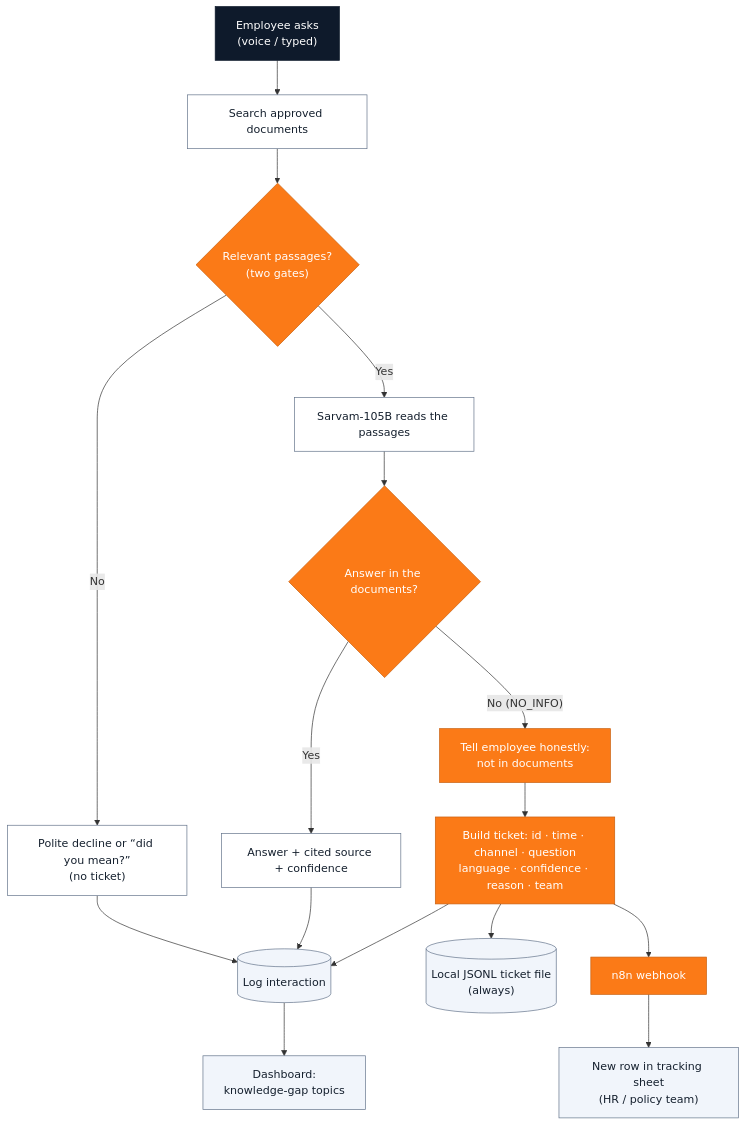
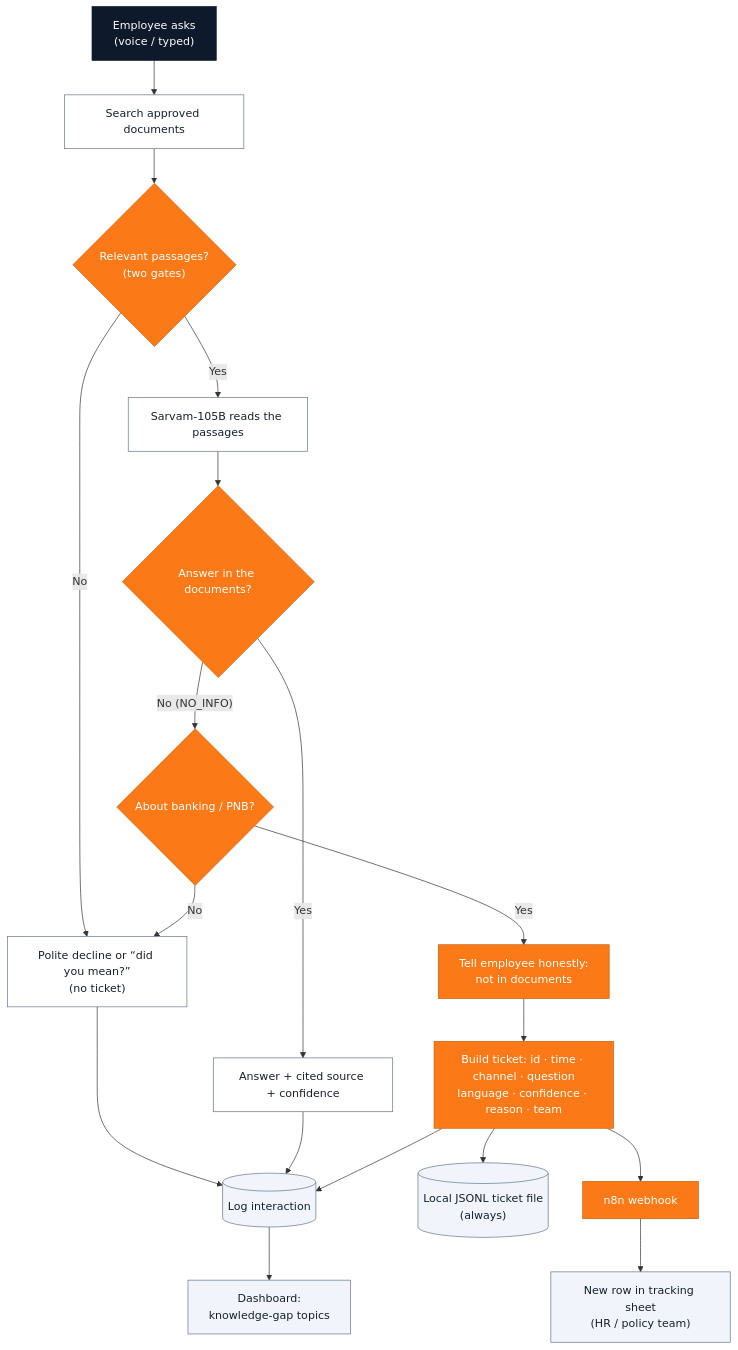
Before and after one commit to vihb09/pnb-sahayak: the fifth of 6 diagrams in docs/architecture.md, drawn with Mermaid. The commit also changed other lines of this file and 5 other files, not shown here.

````diff
--- a/docs/architecture.md
+++ b/docs/architecture.md
@@ -278,32 +289,35 @@
 ```mermaid
 flowchart TB
     ASK["Employee asks<br/>(voice / typed)"]:::app
     SEARCH["Search approved documents"]:::neutral
     GATES{"Relevant passages?<br/>(two gates)"}:::decision
     DECL["Polite decline or “did you mean?”<br/>(no ticket)"]:::neutral
     LLM["Sarvam-105B reads the passages"]:::neutral
     CONF{"Answer in the documents?"}:::decision
+    BQ{"About banking / PNB?"}:::decision
     ANS["Answer + cited source + confidence"]:::neutral
     LOG[("Log interaction")]:::store
     DASH["Dashboard:<br/>knowledge-gap topics"]:::store
     TELL["Tell employee honestly:<br/>not in documents"]:::escalate
     TICKET["Build ticket: id · time · channel · question<br/>language · confidence · reason · team"]:::escalate
     BACKUP[("Local JSONL ticket file<br/>(always)")]:::store
     N8N["n8n webhook"]:::escalate
     ROW["New row in tracking sheet<br/>(HR / policy team)"]:::store
 
     ASK --> SEARCH --> GATES
     GATES -->|No| DECL --> LOG
     GATES -->|Yes| LLM --> CONF
     CONF -->|Yes| ANS --> LOG --> DASH
-    CONF -->|"No (NO_INFO)"| TELL --> TICKET
+    CONF -->|"No (NO_INFO)"| BQ
+    BQ -->|No| DECL
+    BQ -->|Yes| TELL --> TICKET
     TICKET --> LOG
     TICKET --> BACKUP
     TICKET --> N8N --> ROW
 
     classDef app fill:#0E1A2B,stroke:#0E1A2B,color:#ffffff;
     classDef decision fill:#FB7A17,stroke:#C85F0E,color:#ffffff;
     classDef escalate fill:#FB7A17,stroke:#C85F0E,color:#ffffff;
     classDef neutral fill:#FFFFFF,stroke:#64748B,color:#15202E;
     classDef store fill:#F1F5FB,stroke:#64748B,color:#15202E;
 ```
````
